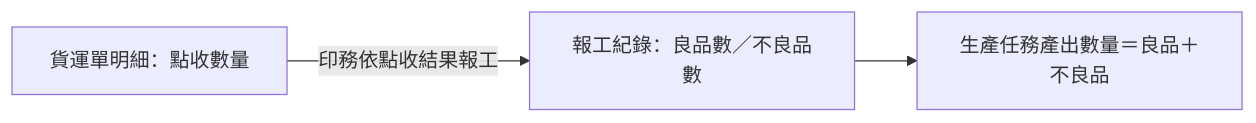
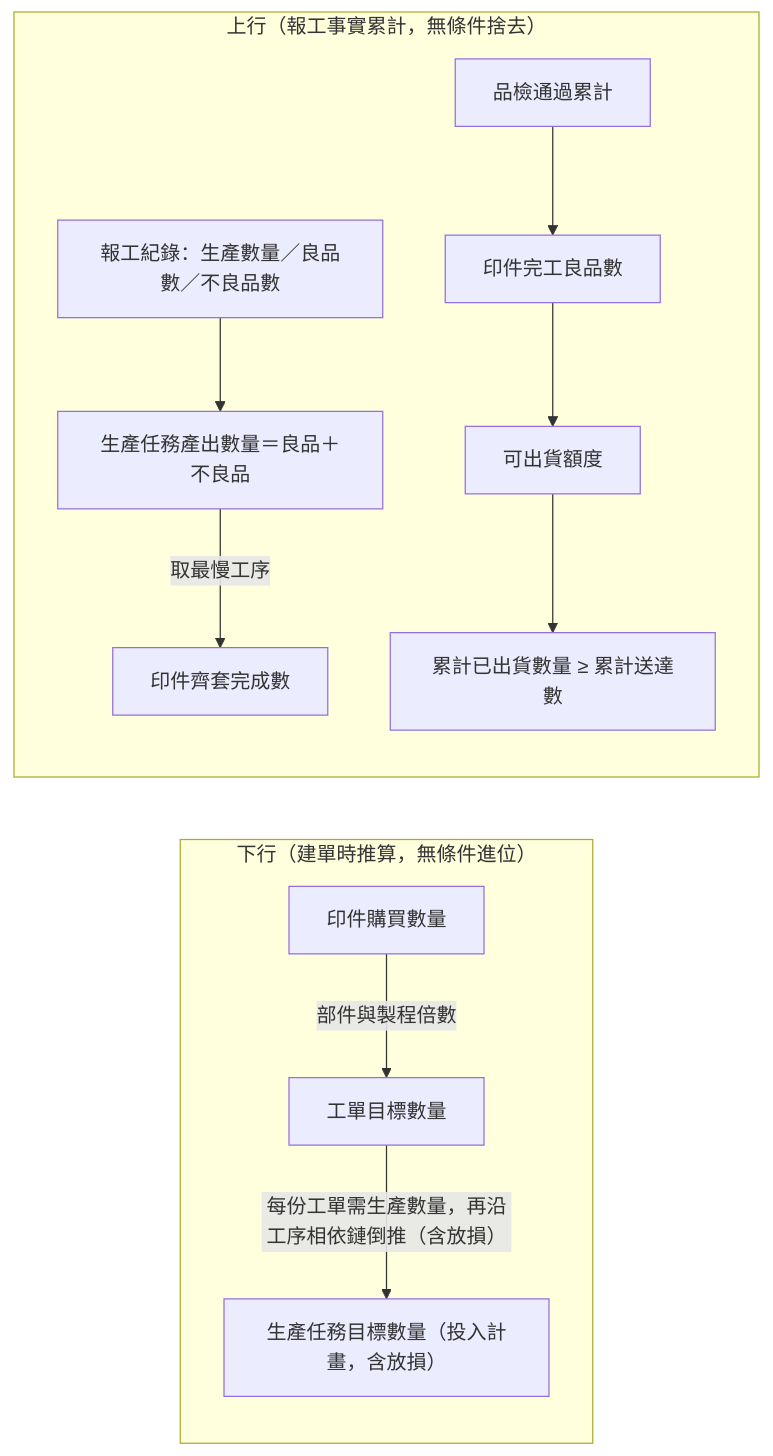
One commit to Kawato-Miles/erp-spec changed the third of 4 diagrams in memory/Sens_wiki/wiki/erp/05-entities/範例 - 資料結構總覽.md. Above: the diagram before and after it, drawn with Mermaid. The commit also changed other lines of this file and 4 other files, not shown here.

````diff
--- a/memory/Sens_wiki/wiki/erp/05-entities/範例 - 資料結構總覽.md
+++ b/memory/Sens_wiki/wiki/erp/05-entities/範例 - 資料結構總覽.md
@@ -44,5 +100,14 @@
 ```mermaid
 flowchart LR
-    R0["貨運單明細：點收數量"] -->|"印務依點收結果報工"| R1["報工紀錄：良品數／不良品數"]
-    R1 --> R2["生產任務產出數量＝良品＋不良品"]
+    subgraph 下行規劃["下行（建單時推算，無條件進位）"]
+        Q1["印件購買數量"] -->|"部件與製程倍數"| Q2["工單目標數量"]
+        Q2 -->|"每份工單需生產數量，再沿工序相依鏈倒推（含放損）"| Q3["生產任務目標數量（投入計畫，含放損）"]
+    end
+    subgraph 上行收斂["上行（報工事實累計，無條件捨去）"]
+        R1["報工紀錄：生產數量／良品數／不良品數"] --> R2["生產任務產出數量＝良品＋不良品"]
+        R2 -->|"取最慢工序"| R3["印件齊套完成數"]
+        R4["品檢通過累計"] --> R5["印件完工良品數"]
+        R5 --> R6["可出貨額度"]
+        R6 --> R7["累計已出貨數量 ≥ 累計送達數"]
+    end
 ```
````
